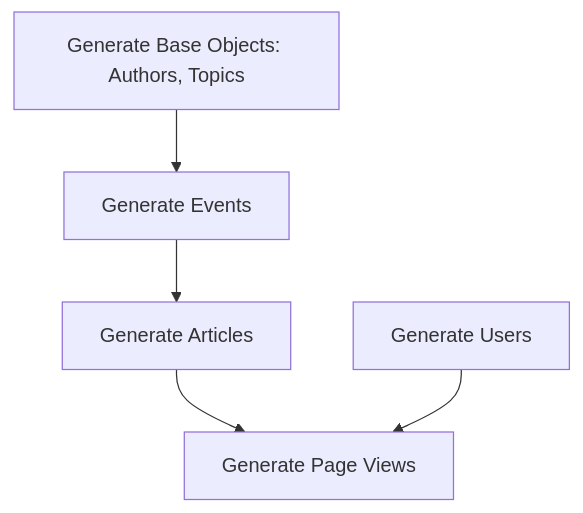
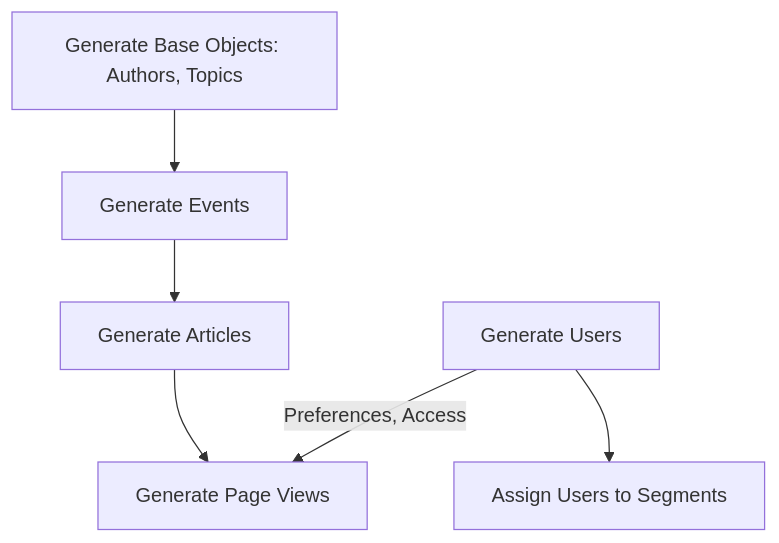
Before and after one commit to drewfeld216/BA2-Game: the second of 2 diagrams in object-schema.md, drawn with Mermaid.

````diff
--- a/object-schema.md
+++ b/object-schema.md
@@ -14,7 +14,8 @@
 ```mermaid
   graph TD;
       A[Generate Base Objects: Authors, Topics] --> B[Generate Events];
       B --> C[Generate Articles];
-      C --> E[Generate Page Views];
-      D[Generate Users] --> E;
+      C --> F[Generate Page Views];
+      D[Generate Users] --> E[Assign Users to Segments];
+      D -- Preferences, Access --> F;
 ```
````
